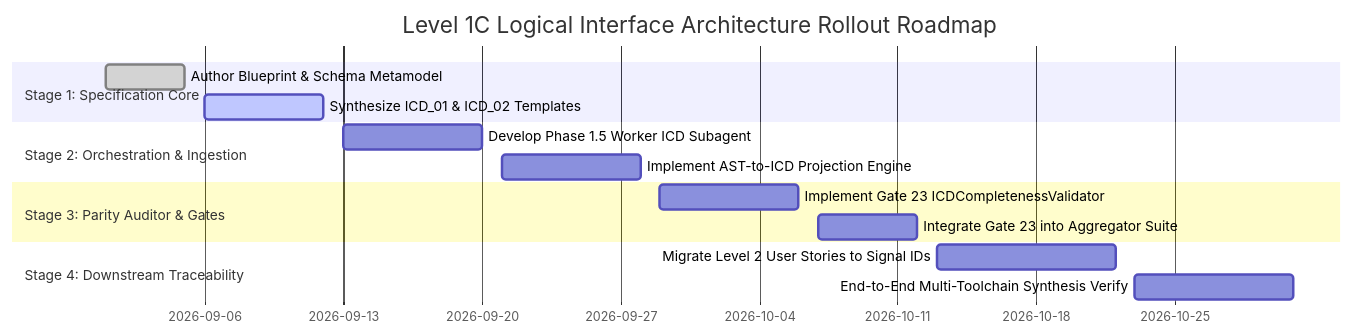
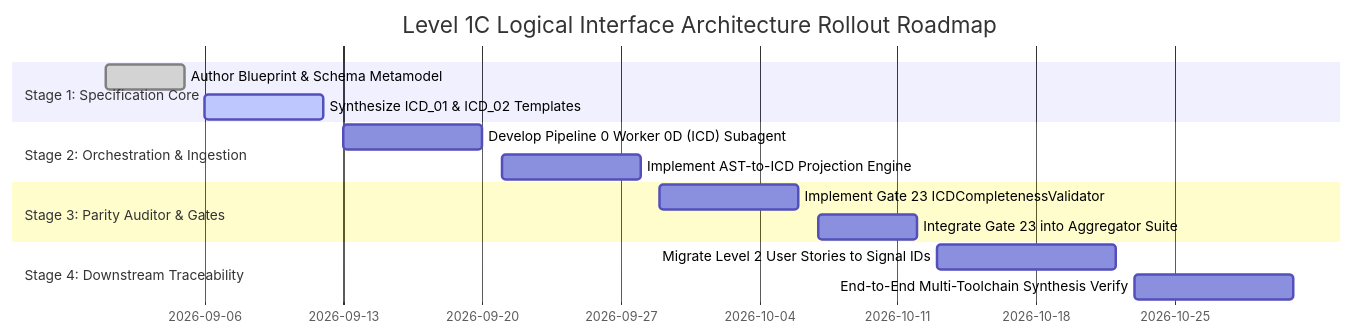
The fifth of 5 diagrams in docs/architecture/blueprints/DEAP_LOGICAL_INTERFACE_SPECIFICATION_BLUEPRINT.md (gintatkinson/DEAP01-spec-core), drawn with Mermaid before and after one commit. The commit also changed other lines of this file and 6 other files, not shown here.

Commit message:
fix(docs): correct architectural placement of Level 1C ICDs in Pipeline 0 (refs #306)

````diff
--- a/docs/architecture/blueprints/DEAP_LOGICAL_INTERFACE_SPECIFICATION_BLUEPRINT.md
+++ b/docs/architecture/blueprints/DEAP_LOGICAL_INTERFACE_SPECIFICATION_BLUEPRINT.md
@@ -559,17 +554,17 @@
 ```mermaid
 gantt
     title Level 1C Logical Interface Architecture Rollout Roadmap
     dateFormat  YYYY-MM-DD
     section Stage 1: Specification Core
     Author Blueprint & Schema Metamodel           :done, 2026-09-01, 2026-09-05
     Synthesize ICD_01 & ICD_02 Templates          :active, 2026-09-06, 2026-09-12
     section Stage 2: Orchestration & Ingestion
-    Develop Phase 1.5 Worker ICD Subagent         :2026-09-13, 2026-09-20
+    Develop Pipeline 0 Worker 0D (ICD) Subagent   :2026-09-13, 2026-09-20
     Implement AST-to-ICD Projection Engine        :2026-09-21, 2026-09-28
     section Stage 3: Parity Auditor & Gates
     Implement Gate 23 ICDCompletenessValidator     :2026-09-29, 2026-10-06
     Integrate Gate 23 into Aggregator Suite       :2026-10-07, 2026-10-12
     section Stage 4: Downstream Traceability
     Migrate Level 2 User Stories to Signal IDs    :2026-10-13, 2026-10-22
     End-to-End Multi-Toolchain Synthesis Verify   :2026-10-23, 2026-10-31
 ```
````
